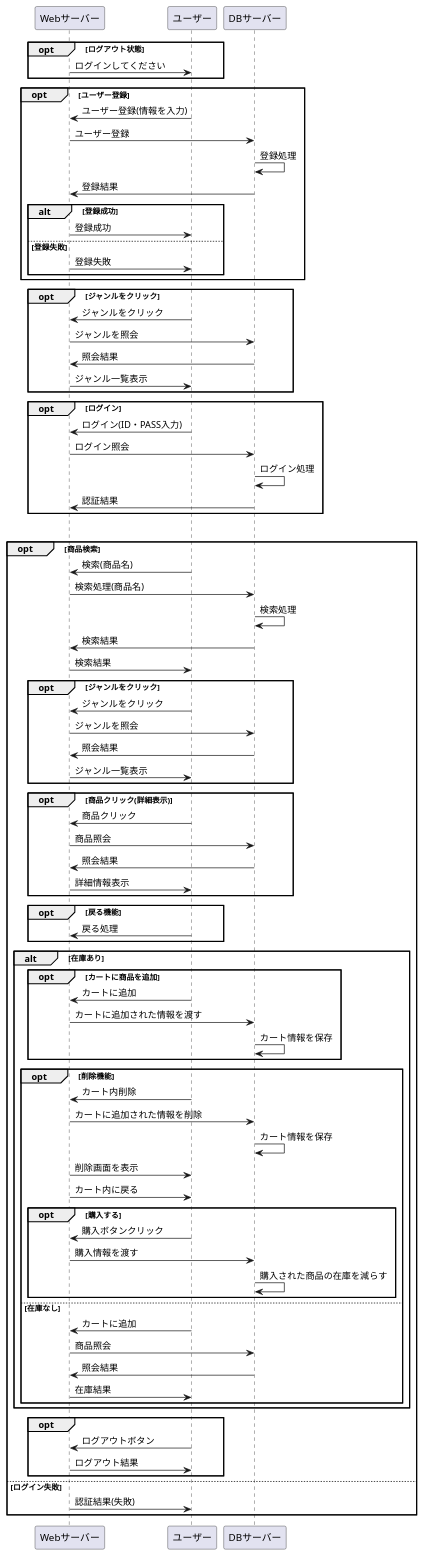
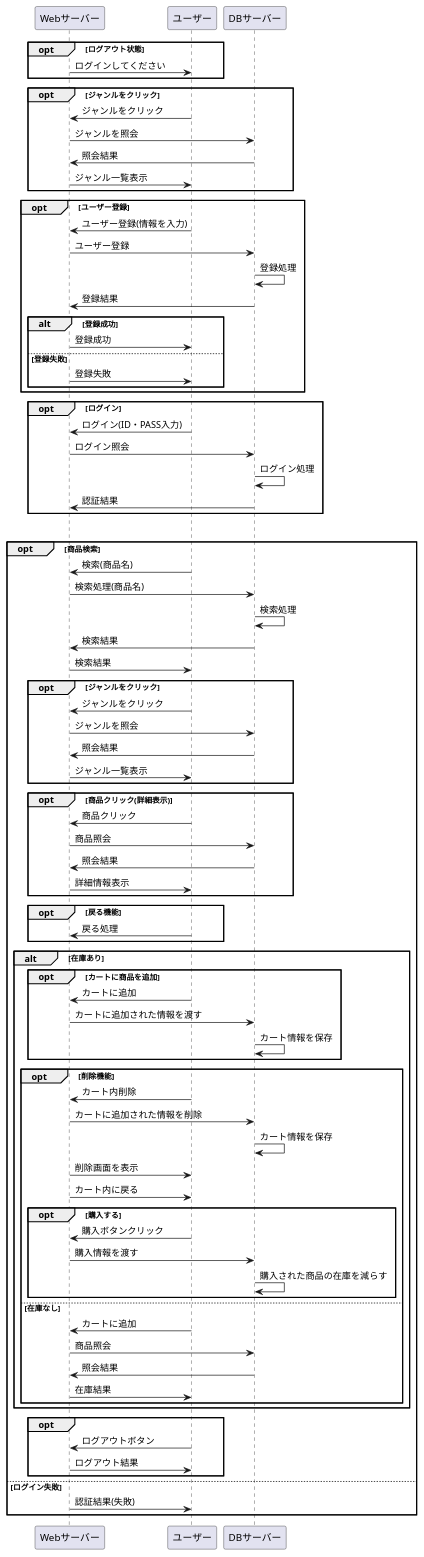
One commit to Aso2001184/2021sys-design changed the diagram in あの消し.業務フロー.md. Above: the diagram before and after it, drawn with PlantUML. The commit also changed other lines of this file, not shown here.

```diff
--- a/あの消し.業務フロー.md
+++ b/あの消し.業務フロー.md
@@ -2,6 +2,13 @@
 @startuml
 opt ログアウト状態
 Webサーバー -> ユーザー : ログインしてください
+end
+
+opt ジャンルをクリック
+ユーザー -> Webサーバー : ジャンルをクリック
+Webサーバー -> DBサーバー : ジャンルを照会
+DBサーバー -> Webサーバー : 照会結果
+Webサーバー -> ユーザー : ジャンル一覧表示
 end
 
 opt ユーザー登録
@@ -18,13 +25,6 @@
 end
 end
 
-
-opt ジャンルをクリック
-ユーザー -> Webサーバー : ジャンルをクリック
-Webサーバー -> DBサーバー : ジャンルを照会
-DBサーバー -> Webサーバー : 照会結果
-Webサーバー -> ユーザー : ジャンル一覧表示
-end
 
 opt ログイン
 ユーザー -> Webサーバー : ログイン(ID・PASS入力)
```
